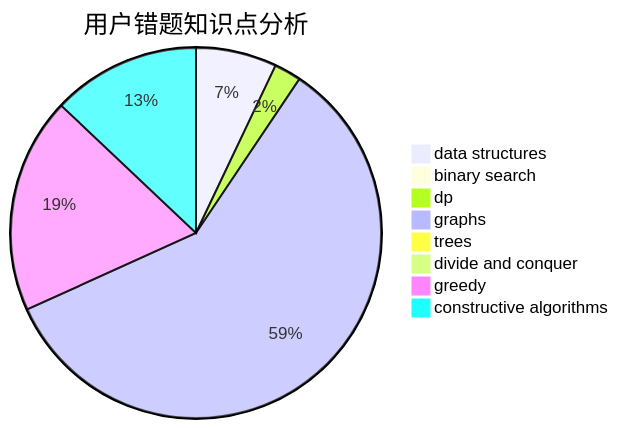
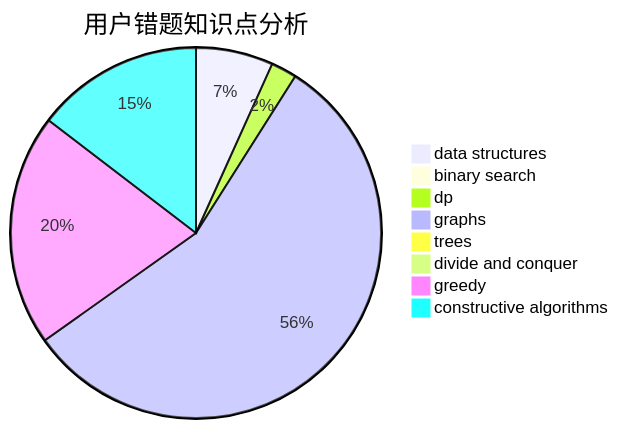
The third of 3 diagrams in docs/user/u537.md (sherpahu/cfrs.github.io), drawn with Mermaid before and after one commit. The commit also changed other lines of this file and 2770 other files, not shown here.

````diff
--- a/docs/user/u537.md
+++ b/docs/user/u537.md
@@ -36,11 +36,11 @@
 ```mermaid
 pie title 用户错题知识点分析
     "data structures" :  6
     "binary search" :  0
     "dp" :  2
     "graphs" :  50
     "trees" :  0
     "divide and conquer" :  0
-    "greedy" :  16
-    "constructive algorithms" :  11
+    "greedy" :  18
+    "constructive algorithms" :  13
 ```
````
